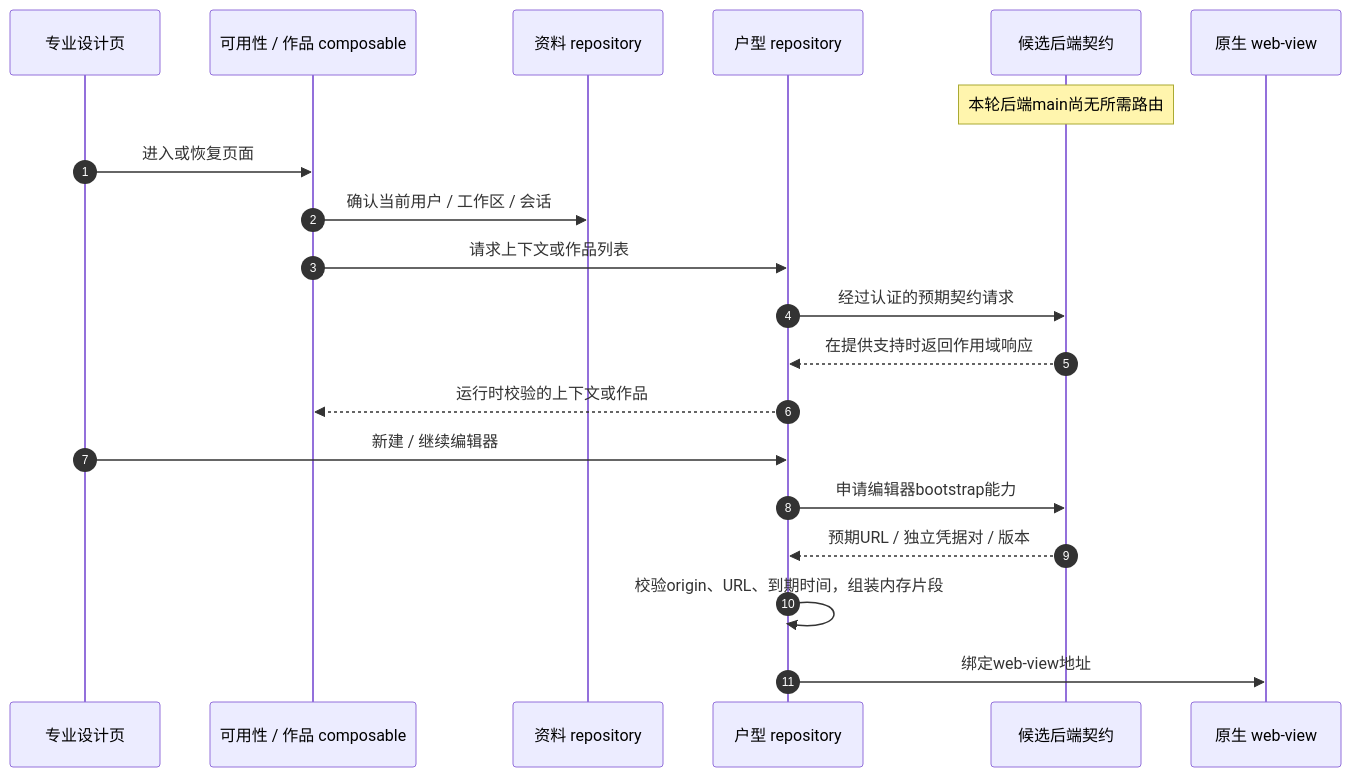
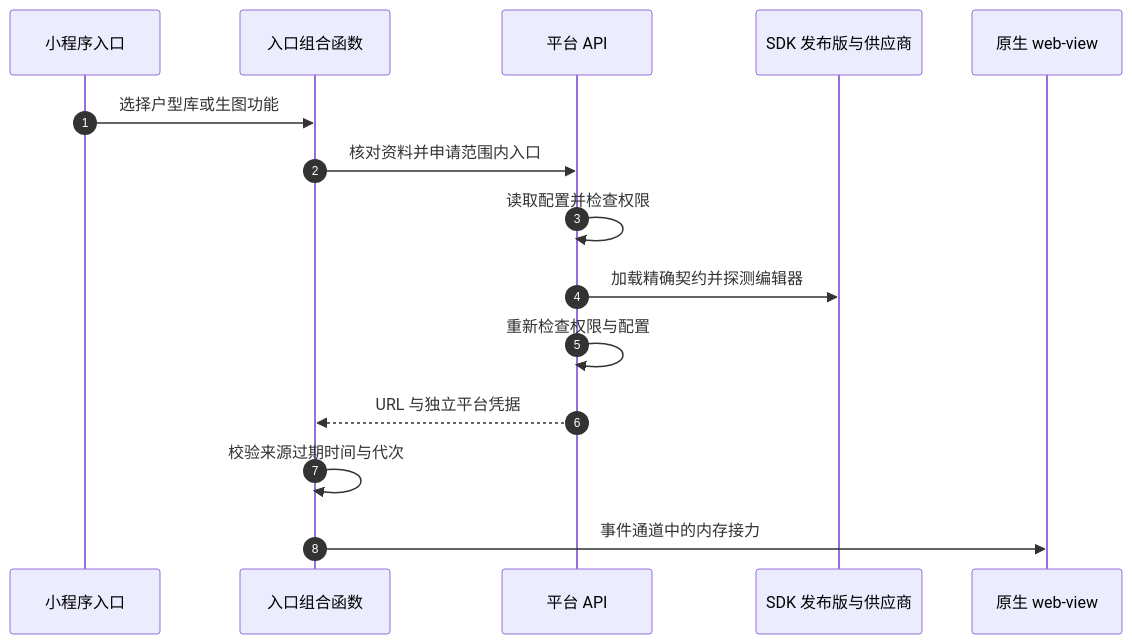
The diagram in zh/frontend/floor-plans.md (Orientation-CD/docs), drawn with Mermaid before and after one commit. The commit also changed other lines of this file and 203 other files, not shown here.

````diff
--- a/zh/frontend/floor-plans.md
+++ b/zh/frontend/floor-plans.md
@@ -23,22 +11,17 @@
 ```mermaid
 sequenceDiagram
   autonumber
-  participant U as 专业设计页
-  participant A as 可用性 / 作品 composable
-  participant P as 资料 repository
-  participant F as 户型 repository
-  participant C as 候选后端契约
+  participant U as 小程序入口
+  participant E as 入口组合函数
+  participant A as 平台 API
+  participant S as SDK 发布版与供应商
   participant W as 原生 web-view
-  Note over C: 本轮后端main尚无所需路由
-  U->>A: 进入或恢复页面
-  A->>P: 确认当前用户 / 工作区 / 会话
-  A->>F: 请求上下文或作品列表
-  F->>C: 经过认证的预期契约请求
-  C-->>F: 在提供支持时返回作用域响应
-  F-->>A: 运行时校验的上下文或作品
-  U->>F: 新建 / 继续编辑器
-  F->>C: 申请编辑器bootstrap能力
-  C-->>F: 预期URL / 独立凭据对 / 版本
-  F->>F: 校验origin、URL、到期时间，组装内存片段
-  F->>W: 绑定web-view地址
+  U->>E: 选择户型库或生图功能
+  E->>A: 核对资料并申请范围内入口
+  A->>A: 读取配置并检查权限
+  A->>S: 加载精确契约并探测编辑器
+  A->>A: 重新检查权限与配置
+  A-->>E: URL 与独立平台凭据
+  E->>E: 校验来源过期时间与代次
+  E->>W: 事件通道中的内存接力
 ```
````
